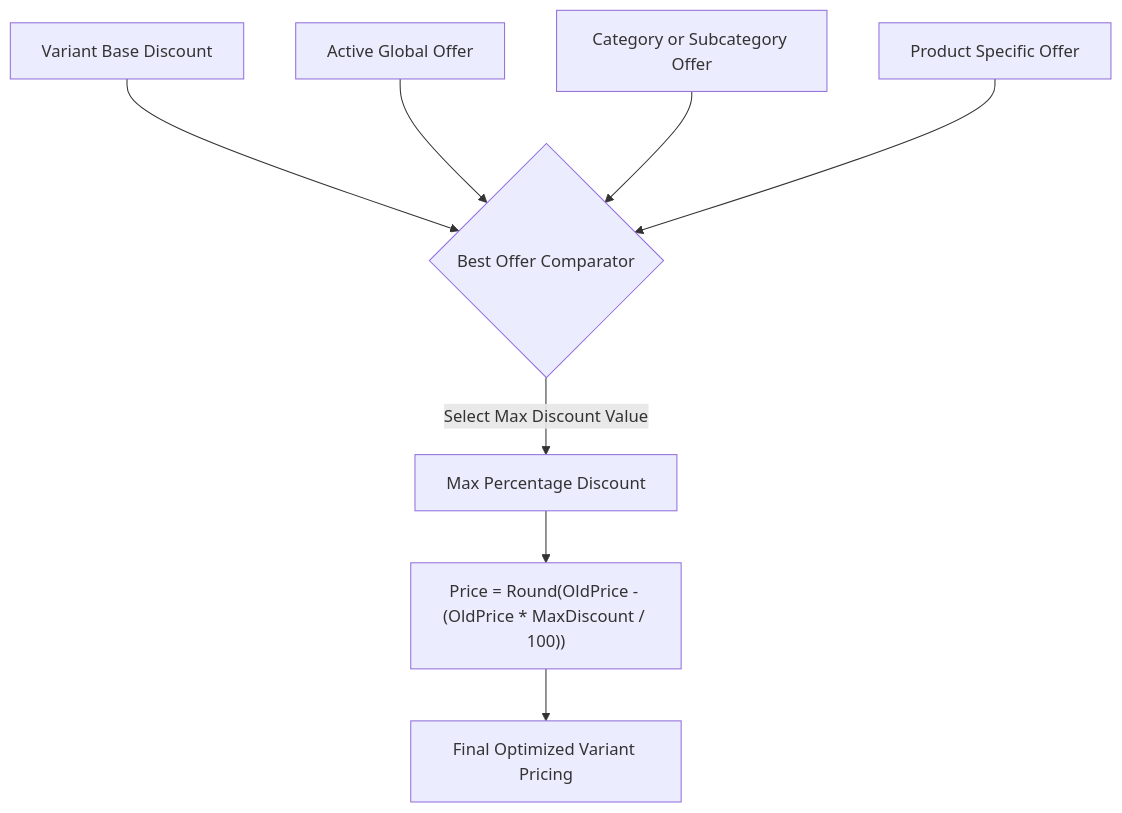
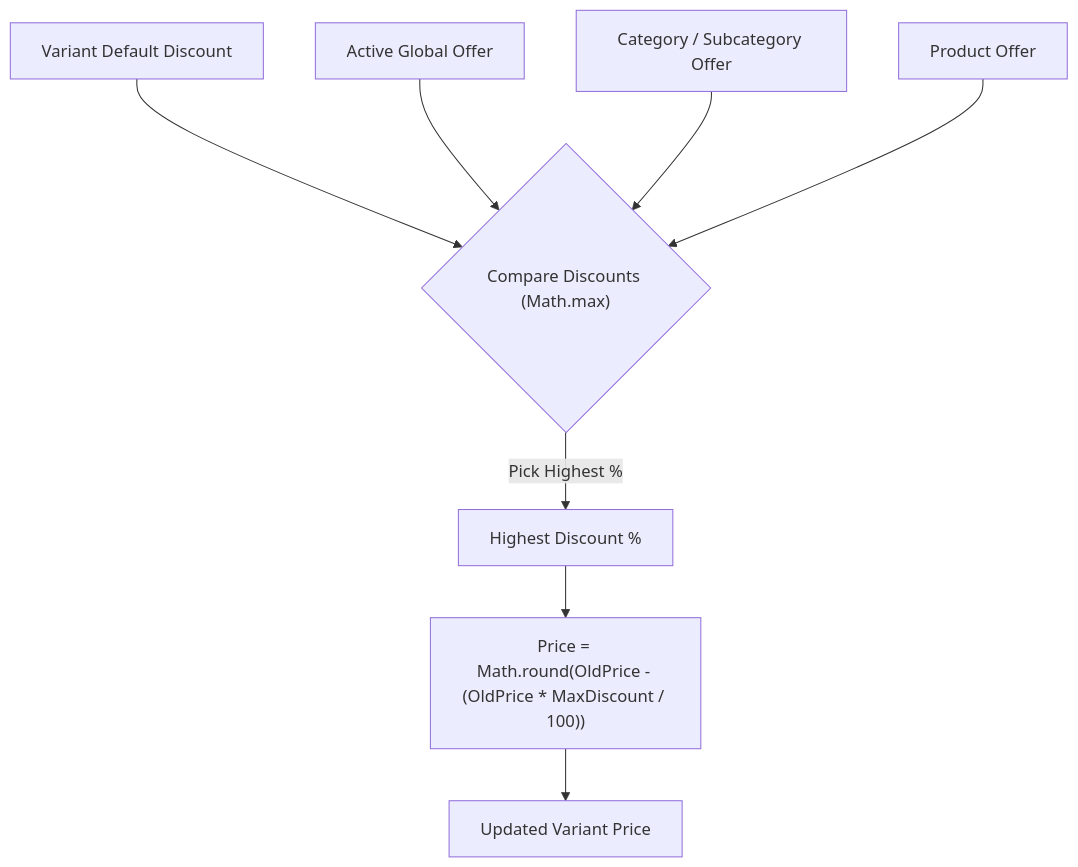
The second of 3 diagrams in README.md (Nasif284/Gracia-E-Commerce-Api), drawn with Mermaid before and after one commit. The commit also changed other lines of this file, not shown here.

Commit message:
docs: update README with clear, accurate project architecture and feature documentation

````diff
--- a/README.md
+++ b/README.md
@@ -160,11 +127,11 @@
 ```mermaid
 flowchart TD
-    V["Variant Base Discount"] --> Comp{"Best Offer Comparator"}
+    V["Variant Default Discount"] --> Comp{"Compare Discounts (Math.max)"}
     GO["Active Global Offer"] --> Comp
-    CO["Category or Subcategory Offer"] --> Comp
-    PO["Product Specific Offer"] --> Comp
+    CO["Category / Subcategory Offer"] --> Comp
+    PO["Product Offer"] --> Comp
     
-    Comp -->|"Select Max Discount Value"| MaxDisc["Max Percentage Discount"]
-    MaxDisc --> CalcPrice["Price = Round(OldPrice - (OldPrice * MaxDiscount / 100))"]
-    CalcPrice --> Out["Final Optimized Variant Pricing"]
+    Comp -->|"Pick Highest %"| MaxDisc["Highest Discount %"]
+    MaxDisc --> CalcPrice["Price = Math.round(OldPrice - (OldPrice * MaxDiscount / 100))"]
+    CalcPrice --> Out["Updated Variant Price"]
 ```
````
